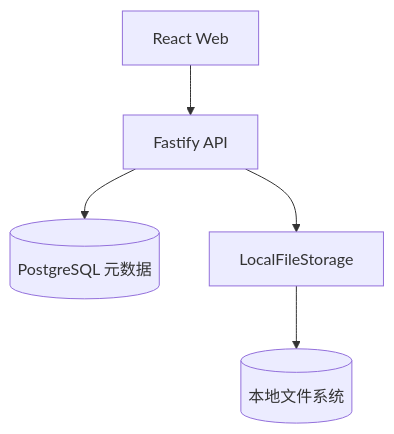
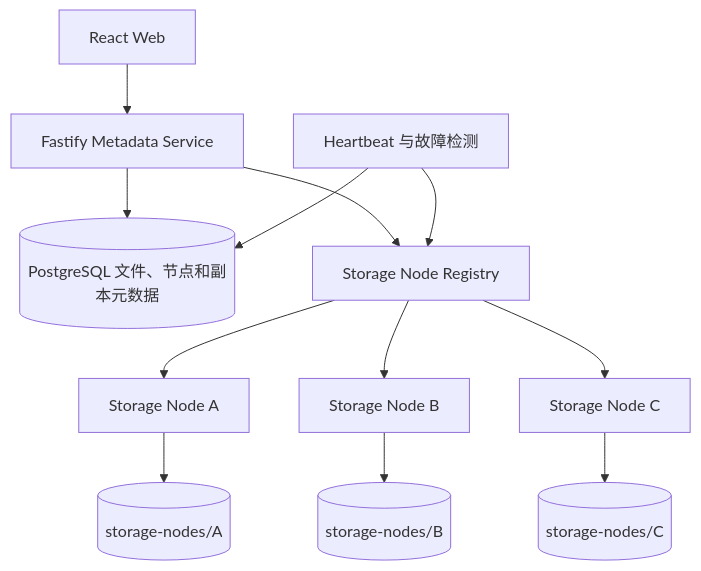
The first of 2 diagrams in README.zh-CN.md (LutaoZheng/DepotDrive), drawn with Mermaid before and after one commit. The commit also changed other lines of this file and 34 other files, not shown here.

````diff
--- a/README.zh-CN.md
+++ b/README.zh-CN.md
@@ -30,7 +32,14 @@
 ```mermaid
 flowchart TD
-  Web[React Web] --> API[Fastify API]
-  API --> DB[(PostgreSQL 元数据)]
-  API --> Storage[LocalFileStorage]
-  Storage --> FS[(本地文件系统)]
+  Web[React Web] --> API[Fastify Metadata Service]
+  API --> DB[(PostgreSQL 文件、节点和副本元数据)]
+  API --> Registry[Storage Node Registry]
+  Registry --> A[Storage Node A]
+  Registry --> B[Storage Node B]
+  Registry --> C[Storage Node C]
+  A --> AFS[(storage-nodes/A)]
+  B --> BFS[(storage-nodes/B)]
+  C --> CFS[(storage-nodes/C)]
+  Heartbeat[Heartbeat 与故障检测] --> Registry
+  Heartbeat --> DB
 ```
````
